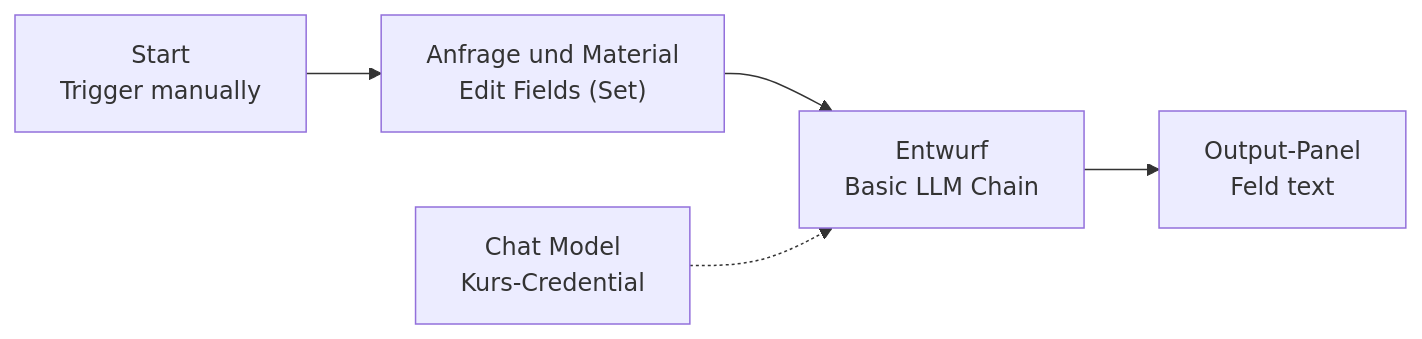
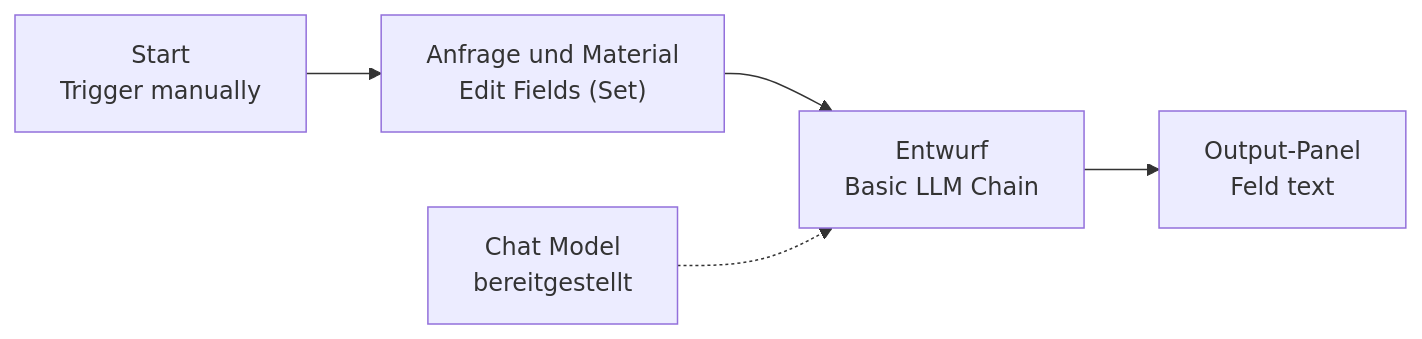
One commit to kirenz/working-with-genai changed the diagram in slides/transfer/miniworkflow.qmd. Above: the diagram before and after it, drawn with Mermaid. The commit also changed other lines of this file and 137 other files, not shown here.

````diff
--- a/slides/transfer/miniworkflow.qmd
+++ b/slides/transfer/miniworkflow.qmd
@@ -42,7 +42,7 @@
 ```{mermaid}
 flowchart LR
   A["Start<br/>Trigger manually"] --> B["Anfrage und Material<br/>Edit Fields (Set)"]
   B --> C["Entwurf<br/>Basic LLM Chain"]
   C --> D["Output-Panel<br/>Feld text"]
-  M["Chat Model<br/>Kurs-Credential"] -.-> C
+  M["Chat Model<br/>bereitgestellt"] -.-> C
 ```
````
